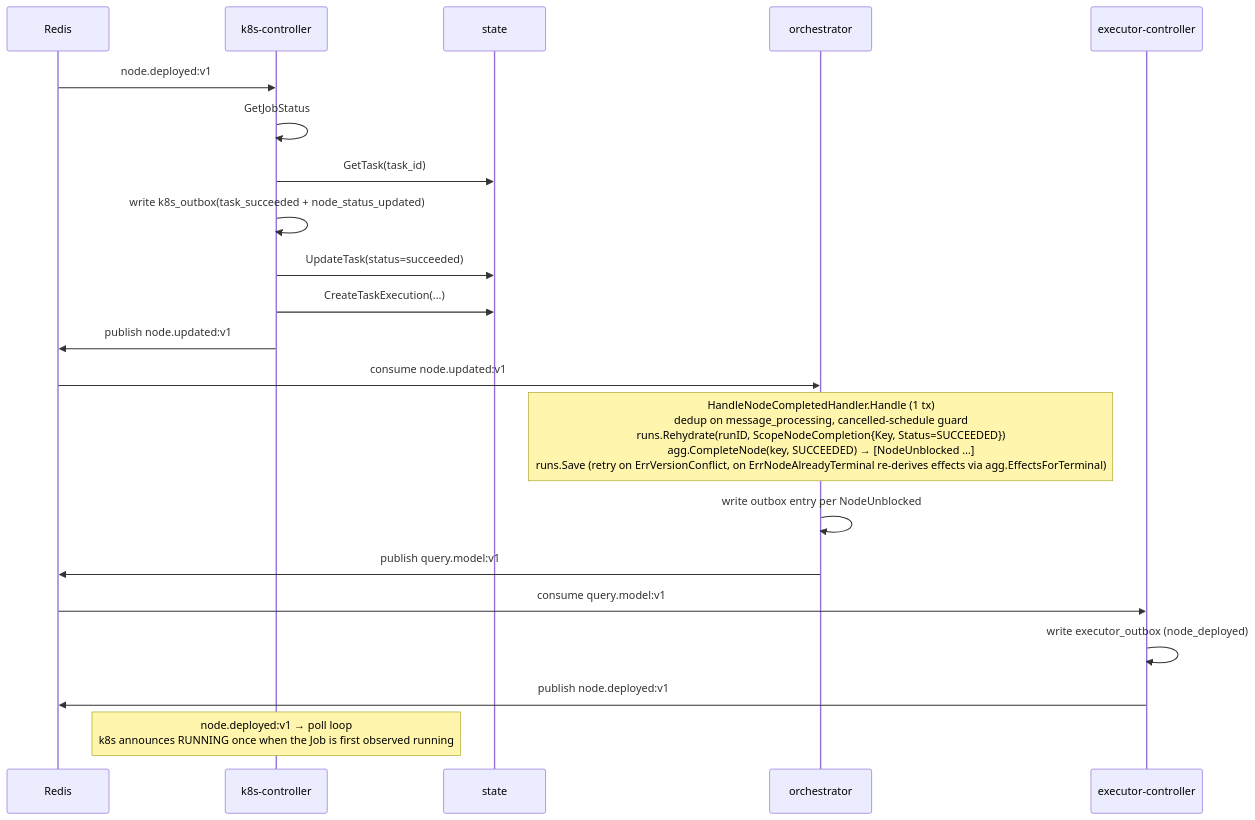
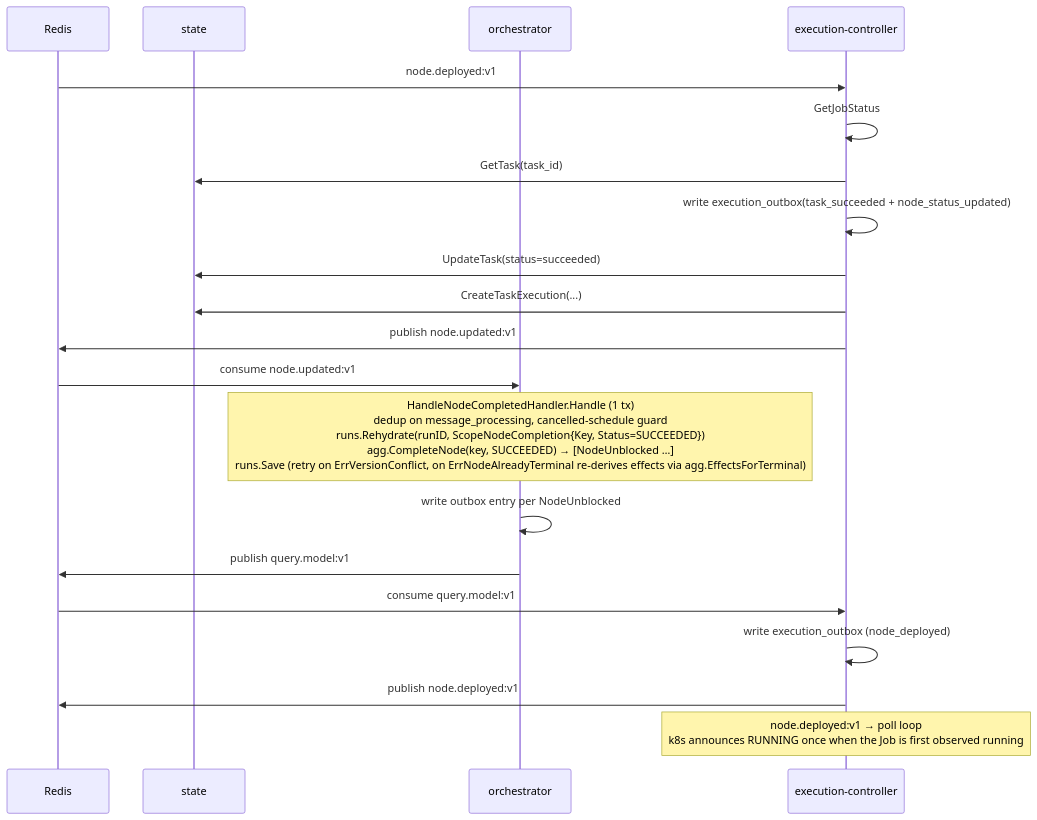
The second of 16 diagrams in docs/arch/03-sequence-flows.md (carolsimone/continuo), drawn with Mermaid before and after one commit. The commit also changed other lines of this file and 504 other files, not shown here.

First line of the commit message:
execution-controller: merge executor-controller and k8s-controller into one service (#553)

````diff
--- a/docs/arch/03-sequence-flows.md
+++ b/docs/arch/03-sequence-flows.md
@@ -56,26 +55,25 @@
 ```mermaid
 sequenceDiagram
   participant R as Redis
-  participant KC as k8s-controller
   participant ST as state
   participant OR as orchestrator
-  participant EC as executor-controller
+  participant EC as execution-controller
 
-  R->>KC: node.deployed:v1
-  KC->>KC: GetJobStatus
-  KC->>ST: GetTask(task_id)
-  KC->>KC: write k8s_outbox(task_succeeded + node_status_updated)
-  KC->>ST: UpdateTask(status=succeeded)
-  KC->>ST: CreateTaskExecution(...)
-  KC->>R: publish node.updated:v1
+  R->>EC: node.deployed:v1
+  EC->>EC: GetJobStatus
+  EC->>ST: GetTask(task_id)
+  EC->>EC: write execution_outbox(task_succeeded + node_status_updated)
+  EC->>ST: UpdateTask(status=succeeded)
+  EC->>ST: CreateTaskExecution(...)
+  EC->>R: publish node.updated:v1
 
   R->>OR: consume node.updated:v1
   Note over OR: HandleNodeCompletedHandler.Handle (1 tx)<br/>dedup on message_processing, cancelled-schedule guard<br/>runs.Rehydrate(runID, ScopeNodeCompletion{Key, Status=SUCCEEDED})<br/>agg.CompleteNode(key, SUCCEEDED) → [NodeUnblocked …]<br/>runs.Save (retry on ErrVersionConflict, on ErrNodeAlreadyTerminal re-derives effects via agg.EffectsForTerminal)
   OR->>OR: write outbox entry per NodeUnblocked
   OR->>R: publish query.model:v1
 
   R->>EC: consume query.model:v1
-  EC->>EC: write executor_outbox (node_deployed)
+  EC->>EC: write execution_outbox (node_deployed)
   EC->>R: publish node.deployed:v1
-  Note over KC: node.deployed:v1 → poll loop<br/>k8s announces RUNNING once when the Job is first observed running
+  Note over EC: node.deployed:v1 → poll loop<br/>k8s announces RUNNING once when the Job is first observed running
 ```
````
